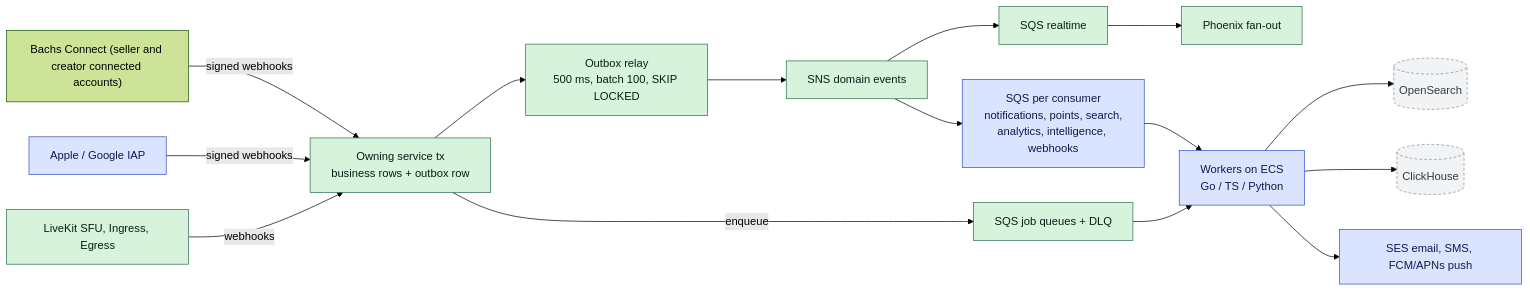
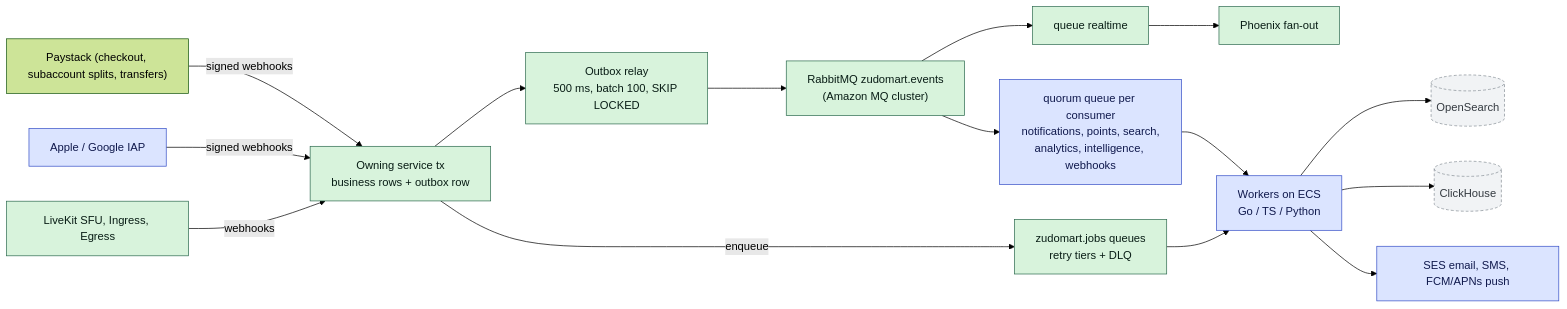
The fourth of 4 diagrams in docs/architecture/system.md (telente-technologies/nantty), drawn with Mermaid (forest theme) before and after one commit. The commit also changed other lines of this file and 2 other files, not shown here.

Commit message:
docs(architecture): backend devops and system docs [skip build]

````diff
--- a/docs/architecture/system.md
+++ b/docs/architecture/system.md
@@ -136,30 +136,30 @@
 ```mermaid
 flowchart LR
   classDef existing fill:#d8f3dc,stroke:#2d6a4f,color:#081c15
   classDef proposed fill:#dbe4ff,stroke:#364fc7,color:#10194d
   classDef future fill:#f1f3f5,stroke:#868e96,color:#343a40,stroke-dasharray: 4 3
 
   svc["Owning service tx<br/>business rows + outbox row"]:::existing
   relay["Outbox relay<br/>500 ms, batch 100, SKIP LOCKED"]:::existing
-  sns["SNS domain events"]:::existing
-  qRt["SQS realtime"]:::existing
-  qOwn["SQS per consumer<br/>notifications, points, search,<br/>analytics, intelligence, webhooks"]:::proposed
-  jobs["SQS job queues + DLQ"]:::existing
+  bus["RabbitMQ zudomart.events<br/>(Amazon MQ cluster)"]:::existing
+  qRt["queue realtime"]:::existing
+  qOwn["quorum queue per consumer<br/>notifications, points, search,<br/>analytics, intelligence, webhooks"]:::proposed
+  jobs["zudomart.jobs queues<br/>retry tiers + DLQ"]:::existing
   workers["Workers on ECS<br/>Go / TS / Python"]:::proposed
   rt["Phoenix fan-out"]:::existing
   os[("OpenSearch")]:::future
   ch[("ClickHouse")]:::future
-  bachs["Bachs Connect (seller and creator connected accounts)"]
+  paystack["Paystack (checkout, subaccount splits, transfers)"]
   iap["Apple / Google IAP"]:::proposed
   livekit["LiveKit SFU, Ingress, Egress"]:::existing
   comms["SES email, SMS, FCM/APNs push"]:::proposed
 
-  svc --> relay --> sns
-  sns --> qRt --> rt
-  sns --> qOwn --> workers
+  svc --> relay --> bus
+  bus --> qRt --> rt
+  bus --> qOwn --> workers
   svc -- "enqueue" --> jobs --> workers
   workers --> os & ch
   workers --> comms
-  bachs & iap -- "signed webhooks" --> svc
+  paystack & iap -- "signed webhooks" --> svc
   livekit -- "webhooks" --> svc
 ```
````
